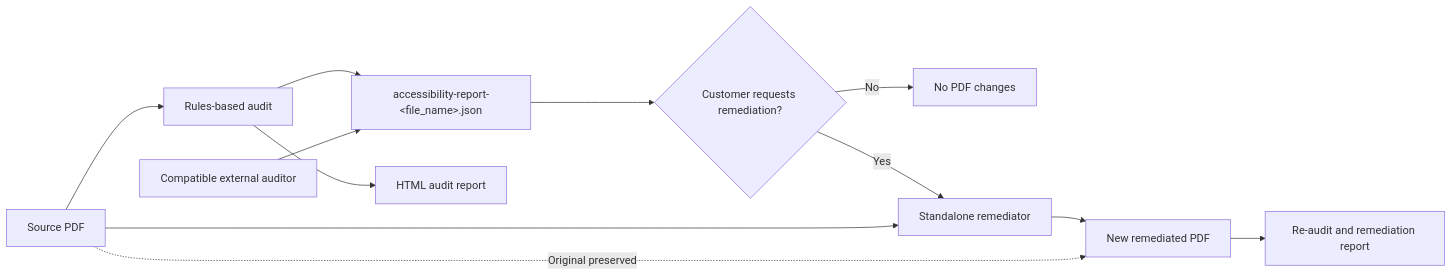
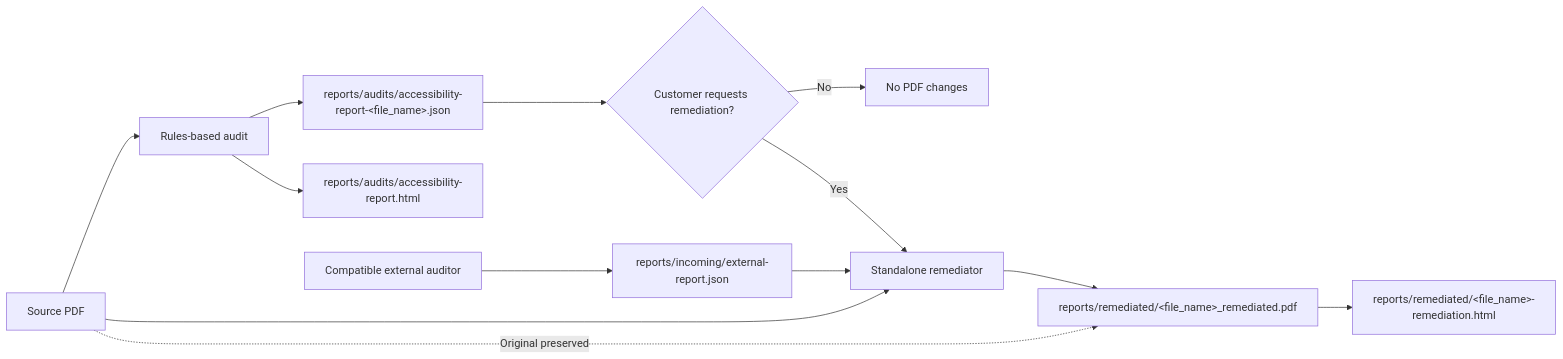
Before and after one commit to rayxfelipe/PDF-ADA-Remediator: the diagram in README.md, drawn with Mermaid. The commit also changed other lines of this file, not shown here.

Commit message:
Document report directory layout

````diff
--- a/README.md
+++ b/README.md
@@ -68,17 +79,18 @@
 ```mermaid
 flowchart LR
     A["Source PDF"] --> B["Rules-based audit"]
-    B --> C["accessibility-report-&lt;file_name&gt;.json"]
-    B --> D["HTML audit report"]
+    B --> C["reports/audits/accessibility-report-&lt;file_name&gt;.json"]
+    B --> D["reports/audits/accessibility-report.html"]
 
-    X["Compatible external auditor"] --> C
+    X["Compatible external auditor"] --> Y["reports/incoming/external-report.json"]
 
     C --> E{"Customer requests remediation?"}
+    Y --> G
     E -- "No" --> F["No PDF changes"]
     E -- "Yes" --> G["Standalone remediator"]
     A --> G
-    G --> H["New remediated PDF"]
-    H --> I["Re-audit and remediation report"]
+    G --> H["reports/remediated/&lt;file_name&gt;_remediated.pdf"]
+    H --> I["reports/remediated/&lt;file_name&gt;-remediation.html"]
 
     A -. "Original preserved" .-> H
 ```
````
